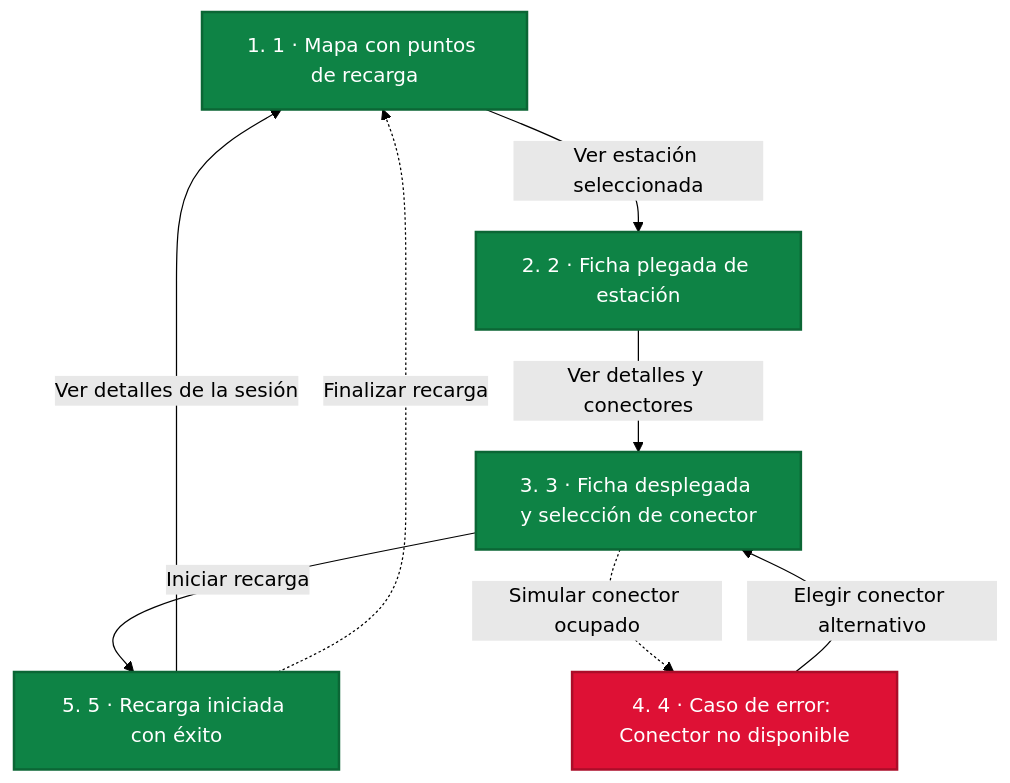
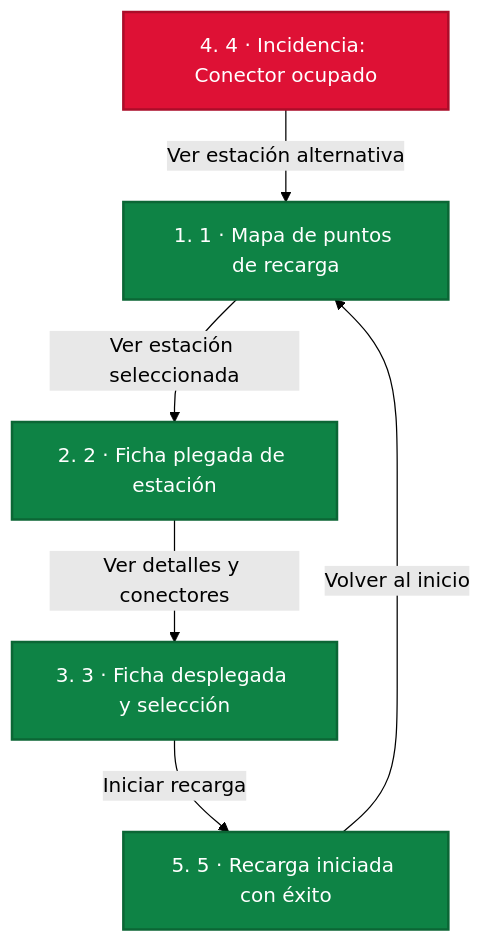
One commit to omarrazola/Agente-UXUI changed the diagram in output/runs/KAN-29/flow.mermaid. Above: the diagram before and after it, drawn with Mermaid (forest theme). The commit also changed 7 other files, not shown here.

```diff
--- a/output/runs/KAN-29/flow.mermaid
+++ b/output/runs/KAN-29/flow.mermaid
@@ -1,21 +1,19 @@
 flowchart TD
   classDef happy fill:#0E8345,stroke:#0B6635,color:#fff,stroke-width:2px;
   classDef corner fill:#F69E0C,stroke:#C67A00,color:#fff,stroke-width:2px;
   classDef err fill:#DE1135,stroke:#AB0D29,color:#fff,stroke-width:2px;
-  S1["1. 1 · Mapa con puntos de recarga"]
+  S1["1. 1 · Mapa de puntos de recarga"]
   class S1 happy;
   S1 -->|"Ver estación seleccionada"| S2
   S2["2. 2 · Ficha plegada de estación"]
   class S2 happy;
   S2 -->|"Ver detalles y conectores"| S3
-  S3["3. 3 · Ficha desplegada y selección de conector"]
+  S3["3. 3 · Ficha desplegada y selección"]
   class S3 happy;
   S3 -->|"Iniciar recarga"| S5
-  S3 -.->|"Simular conector ocupado"| S4
-  S4["4. 4 · Caso de error: Conector no disponible"]
+  S4["4. 4 · Incidencia: Conector ocupado"]
   class S4 err;
-  S4 -->|"Elegir conector alternativo"| S3
+  S4 -->|"Ver estación alternativa"| S1
   S5["5. 5 · Recarga iniciada con éxito"]
   class S5 happy;
-  S5 -->|"Ver detalles de la sesión"| S1
-  S5 -.->|"Finalizar recarga"| S1
+  S5 -->|"Volver al inicio"| S1
```
